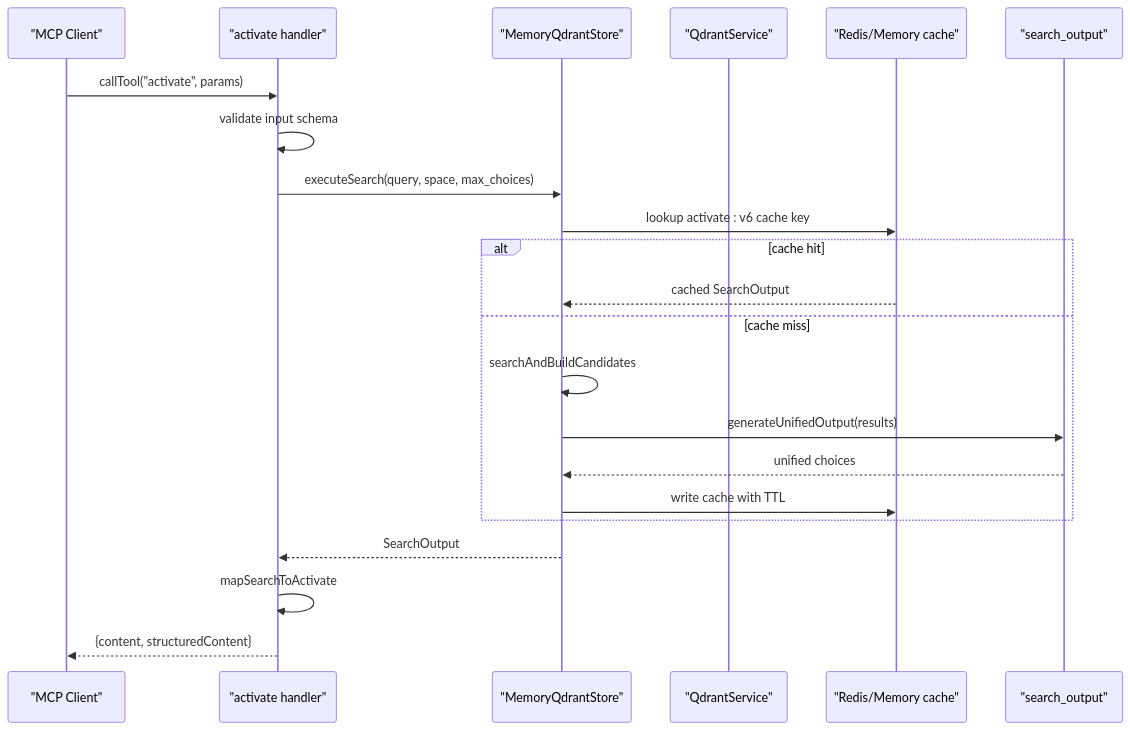
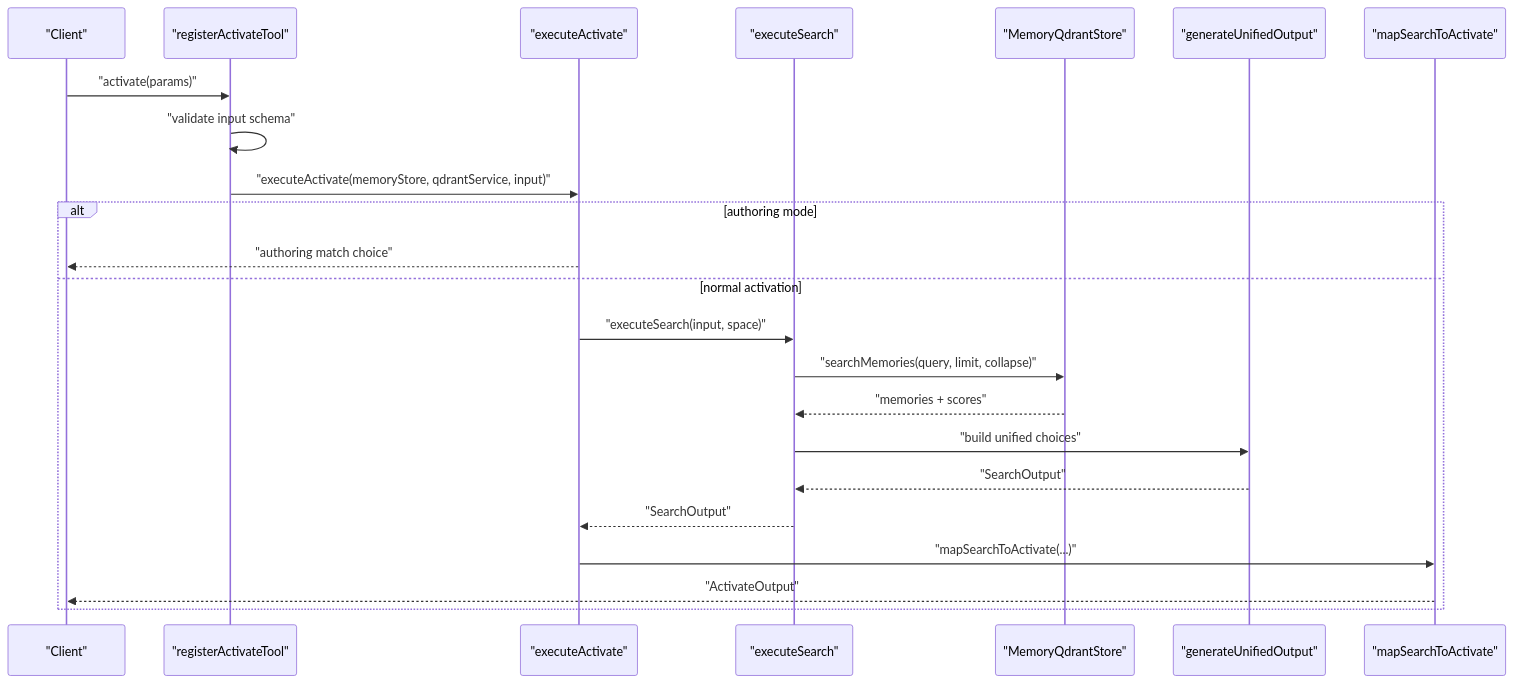
One commit to SquadRules/mcp changed the second of 8 diagrams in .qoder/repowiki/en/content/MCP Tools Reference/Activate Tool.md. Above: the diagram before and after it, drawn with Mermaid. The commit also changed other lines of this file and 553 other files, not shown here.

````diff
--- a/.qoder/repowiki/en/content/MCP Tools Reference/Activate Tool.md
+++ b/.qoder/repowiki/en/content/MCP Tools Reference/Activate Tool.md
@@ -89,24 +93,25 @@
 ```mermaid
 sequenceDiagram
-participant Client as "MCP Client"
-participant Tool as "activate handler"
+participant Client as "Client"
+participant Server as "registerActivateTool"
+participant Executor as "executeActivate"
+participant Searcher as "executeSearch"
 participant Store as "MemoryQdrantStore"
-participant Qdrant as "QdrantService"
-participant Cache as "Redis/Memory cache"
-participant Output as "search_output"
-Client->>Tool : callTool("activate", params)
-Tool->>Tool : validate input schema
-Tool->>Store : executeSearch(query, space, max_choices)
-Store->>Cache : lookup activate : v6 cache key
-alt cache hit
-Cache-->>Store : cached SearchOutput
-else cache miss
-Store->>Store : searchAndBuildCandidates
-Store->>Output : generateUnifiedOutput(results)
-Output-->>Store : unified choices
-Store->>Cache : write cache with TTL
+participant Builder as "generateUnifiedOutput"
+participant Mapper as "mapSearchToActivate"
+Client->>Server : "activate(params)"
+Server->>Server : "validate input schema"
+Server->>Executor : "executeActivate(memoryStore, qdrantService, input)"
+alt authoring mode
+Executor-->>Client : "authoring match choice"
+else normal activation
+Executor->>Searcher : "executeSearch(input, space)"
+Searcher->>Store : "searchMemories(query, limit, collapse)"
+Store-->>Searcher : "memories + scores"
+Searcher->>Builder : "build unified choices"
+Builder-->>Searcher : "SearchOutput"
+Searcher-->>Executor : "SearchOutput"
+Executor->>Mapper : "mapSearchToActivate(...)"
+Mapper-->>Client : "ActivateOutput"
 end
-Store-->>Tool : SearchOutput
-Tool->>Tool : mapSearchToActivate
-Tool-->>Client : {content, structuredContent}
 ```
````
